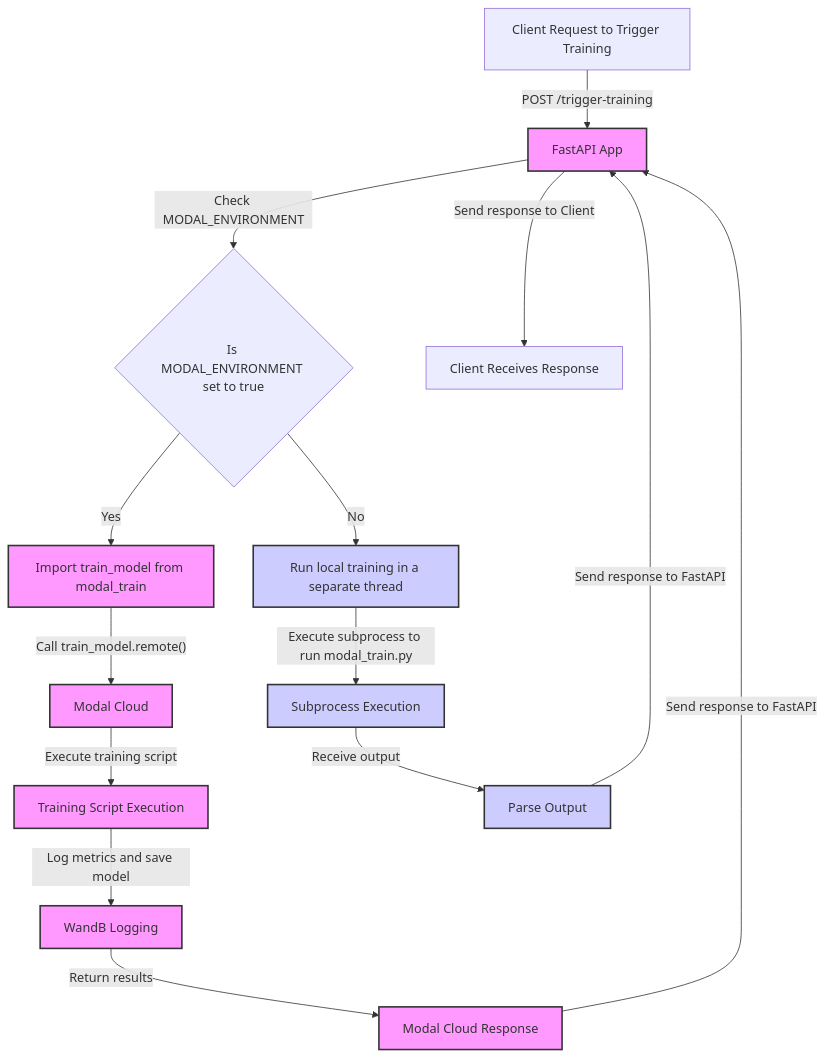
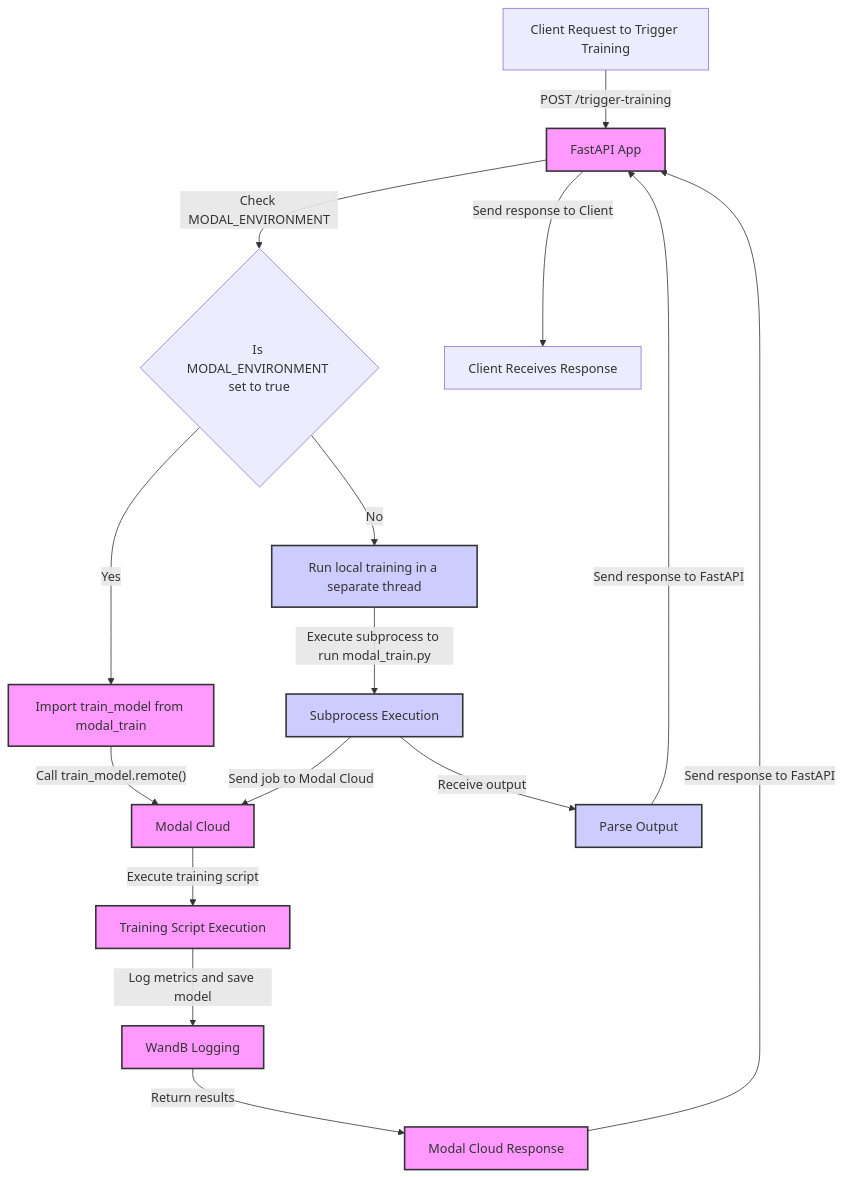
Before and after one commit to ssime-git/mlops_simple_training: the diagram in README.md, drawn with Mermaid.

````diff
--- a/README.md
+++ b/README.md
@@ -93,22 +93,24 @@
 ```mermaid
 graph TD
     A[Client Request to Trigger Training] -->|POST /trigger-training| B[FastAPI App]
     B -->|Check MODAL_ENVIRONMENT| C{Is MODAL_ENVIRONMENT set to true}
     C -->|Yes| D[Import train_model from modal_train]
     C -->|No| E[Run local training in a separate thread]
     D -->|Call train_model.remote&lpar;&rpar;| F[Modal Cloud]
+    E -->|Execute subprocess to run modal_train.py| J[Subprocess Execution]
+    J -->|Send job to Modal Cloud| F[Modal Cloud]
     F -->|Execute training script| G[Training Script Execution]
     G -->|Log metrics and save model| H[WandB Logging]
     H -->|Return results| I[Modal Cloud Response]
     I -->|Send response to FastAPI| B
-    E -->|Execute subprocess to run modal_train.py| J[Subprocess Execution]
     J -->|Receive output| K[Parse Output]
     K -->|Send response to FastAPI| B
     B -->|Send response to Client| L[Client Receives Response]
 
     classDef modal fill:#f9f,stroke:#333,stroke-width:2px
     classDef local fill:#ccf,stroke:#333,stroke-width:2px
     class B,D,F,G,H,I modal
     class E,J,K local
 
+
 ```
````
